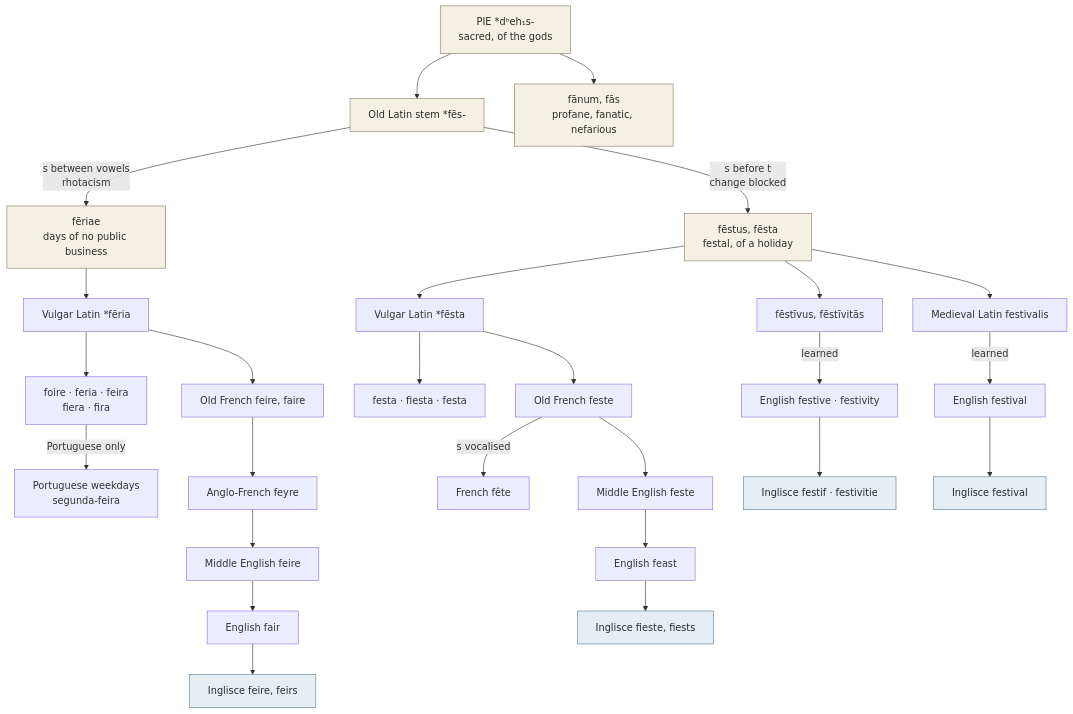
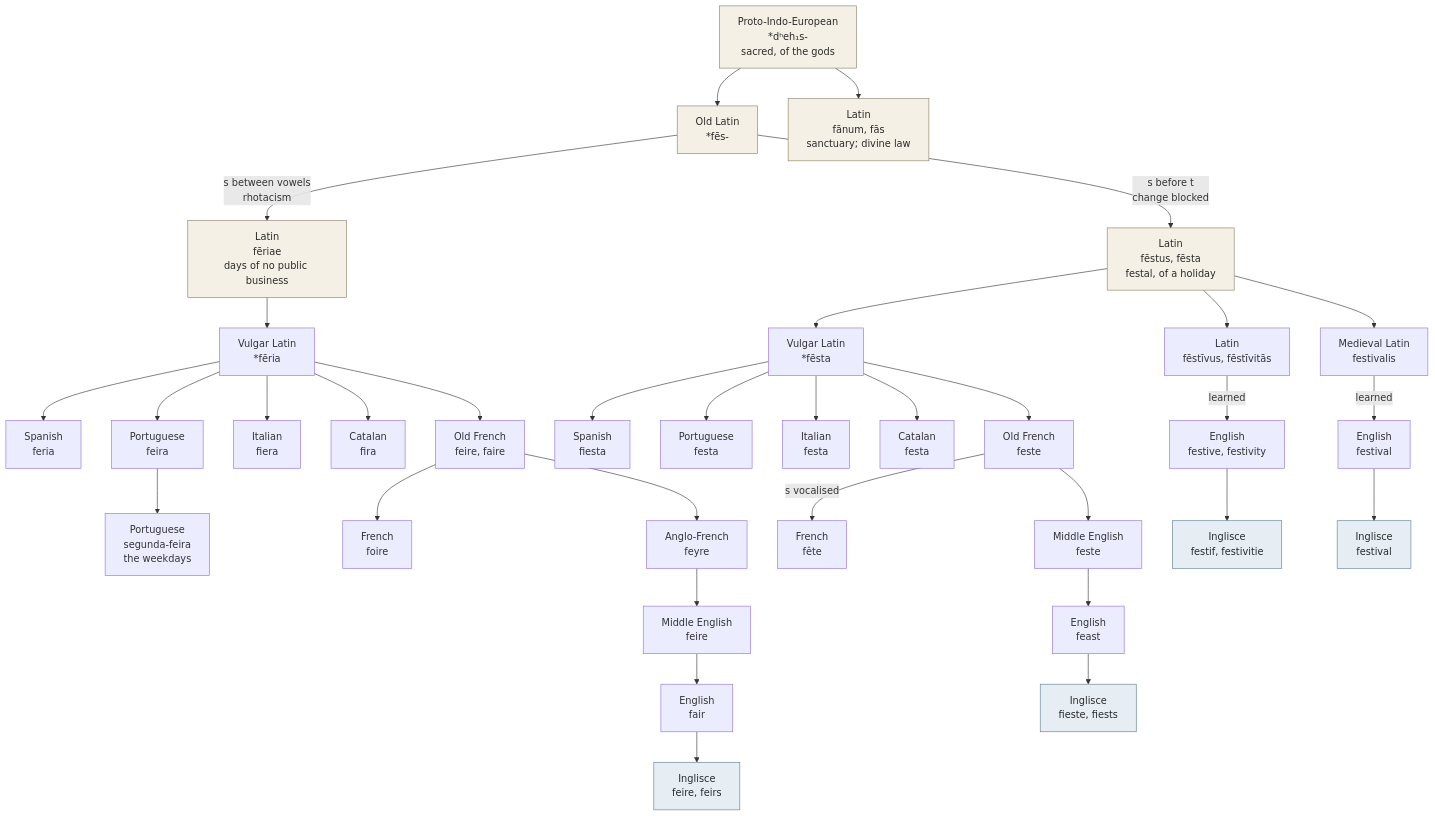
Before and after one commit to dionys93/ety-dictionary: the diagram in data-text/inglisce/etymology/comparisons/f/fair-feast.md, drawn with Mermaid.

````diff
--- a/data-text/inglisce/etymology/comparisons/f/fair-feast.md
+++ b/data-text/inglisce/etymology/comparisons/f/fair-feast.md
@@ -48,59 +48,74 @@
 ```mermaid
 flowchart TD
-    PIE["PIE *dʰeh₁s-<br/>sacred, of the gods"]
-    STEM["Old Latin stem *fēs-"]
-    FAN["fānum, fās<br/>profane, fanatic, nefarious"]
+    PIE["Proto-Indo-European<br/>*dʰeh₁s-<br/>sacred, of the gods"]
+    STEM["Old Latin<br/>*fēs-"]
+    FAN["Latin<br/>fānum, fās<br/>sanctuary; divine law"]
 
-    FER["fēriae<br/>days of no public business"]
-    FEST["fēstus, fēsta<br/>festal, of a holiday"]
+    FER["Latin<br/>fēriae<br/>days of no public business"]
+    FEST["Latin<br/>fēstus, fēsta<br/>festal, of a holiday"]
 
-    VLR["Vulgar Latin *fēria"]
-    ROM1["foire · feria · feira<br/>fiera · fira"]
-    WEEK["Portuguese weekdays<br/>segunda-feira"]
-    OFR["Old French feire, faire"]
-    AFR["Anglo-French feyre"]
-    MIR["Middle English feire"]
-    ENR["English fair"]
-    INR["Inglisce feire, feirs"]
+    VLR["Vulgar Latin<br/>*fēria"]
+    OFR["Old French<br/>feire, faire"]
+    FRR["French<br/>foire"]
+    SPR["Spanish<br/>feria"]
+    PTR["Portuguese<br/>feira"]
+    ITR["Italian<br/>fiera"]
+    CAR["Catalan<br/>fira"]
+    WEEK["Portuguese<br/>segunda-feira<br/>the weekdays"]
+    AFR["Anglo-French<br/>feyre"]
+    MIR["Middle English<br/>feire"]
+    ENR["English<br/>fair"]
+    INR["Inglisce<br/>feire, feirs"]
 
-    VLS["Vulgar Latin *fēsta"]
-    ROM2["festa · fiesta · festa"]
-    OFS["Old French feste"]
-    FRS["French fête"]
-    MIS["Middle English feste"]
-    ENS["English feast"]
-    INS["Inglisce fieste, fiests"]
+    VLS["Vulgar Latin<br/>*fēsta"]
+    OFS["Old French<br/>feste"]
+    FRS["French<br/>fête"]
+    SPS["Spanish<br/>fiesta"]
+    PTS["Portuguese<br/>festa"]
+    ITS["Italian<br/>festa"]
+    CAS["Catalan<br/>festa"]
+    MIS["Middle English<br/>feste"]
+    ENS["English<br/>feast"]
+    INS["Inglisce<br/>fieste, fiests"]
 
-    LIV["fēstīvus, fēstīvitās"]
-    MLA["Medieval Latin festivalis"]
-    ENL["English festive · festivity"]
-    ENA["English festival"]
-    INL["Inglisce festif · festivitie"]
-    INA["Inglisce festival"]
+    LIV["Latin<br/>fēstīvus, fēstīvitās"]
+    MLA["Medieval Latin<br/>festivalis"]
+    ENL["English<br/>festive, festivity"]
+    ENA["English<br/>festival"]
+    INL["Inglisce<br/>festif, festivitie"]
+    INA["Inglisce<br/>festival"]
 
     PIE --> STEM
     PIE --> FAN
     STEM -->|"s between vowels<br/>rhotacism"| FER
     STEM -->|"s before t<br/>change blocked"| FEST
 
     FER --> VLR
-    VLR --> ROM1
-    ROM1 -->|"Portuguese only"| WEEK
-    VLR --> OFR --> AFR --> MIR --> ENR --> INR
+    VLR --> SPR
+    VLR --> PTR
+    VLR --> ITR
+    VLR --> CAR
+    PTR --> WEEK
+    VLR --> OFR
+    OFR --> FRR
+    OFR --> AFR --> MIR --> ENR --> INR
 
     FEST --> VLS
-    VLS --> ROM2
+    VLS --> SPS
+    VLS --> PTS
+    VLS --> ITS
+    VLS --> CAS
     VLS --> OFS
     OFS -->|"s vocalised"| FRS
     OFS --> MIS --> ENS --> INS
 
     FEST --> LIV
     FEST --> MLA
     LIV -->|"learned"| ENL --> INL
     MLA -->|"learned"| ENA --> INA
 
     classDef source fill:#f4f0e6,stroke:#8a7f66,color:#2b2b2b
     classDef ing fill:#e6eef4,stroke:#5b7f96,color:#2b2b2b
     class PIE,STEM,FER,FEST,FAN source
     class INR,INS,INL,INA ing
 ```
````
